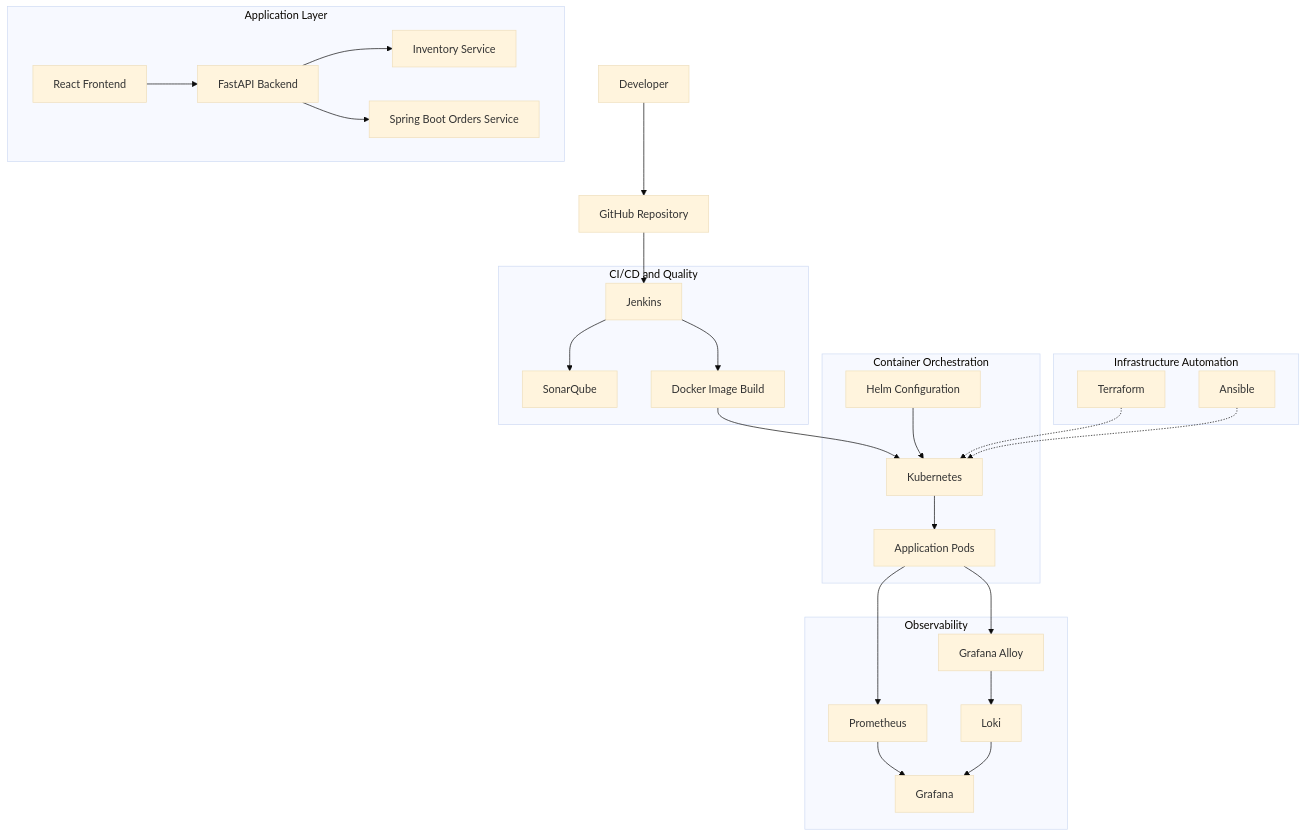
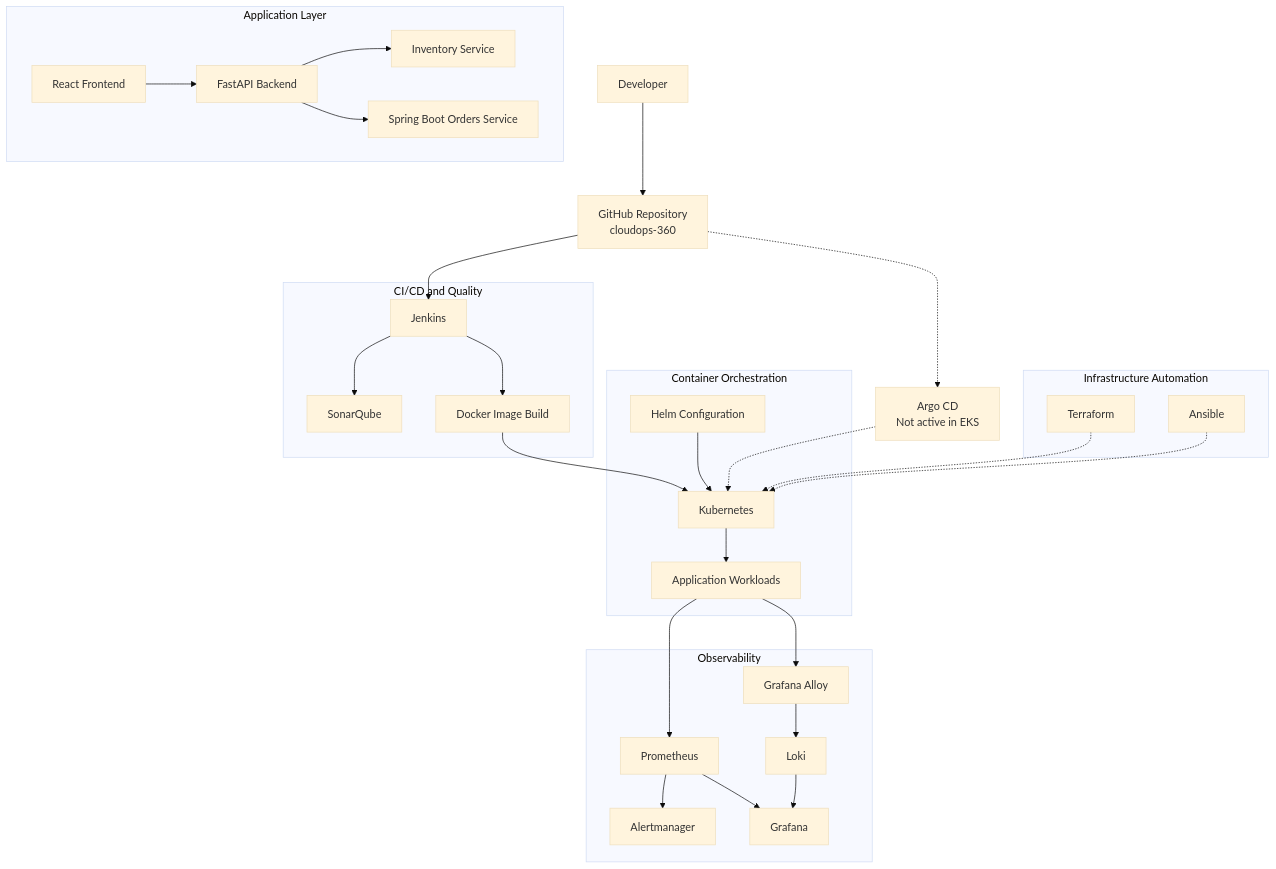
Before and after one commit to kantamnenimanusha/cloudops-360: the first of 8 diagrams in README.md, drawn with Mermaid (base theme). The commit also changed other lines of this file, not shown here.

````diff
--- a/README.md
+++ b/README.md
@@ -104,54 +105,64 @@
 ```mermaid
 flowchart TB
     DEV["Developer"]
-    GIT["GitHub Repository"]
+    GIT["GitHub Repository<br/>cloudops-360"]
 
     subgraph APP["Application Layer"]
         FE["React Frontend"]
         BE["FastAPI Backend"]
         INV["Inventory Service"]
         ORD["Spring Boot Orders Service"]
     end
 
     subgraph CICD["CI/CD and Quality"]
         JEN["Jenkins"]
         SONAR["SonarQube"]
         DOCKER["Docker Image Build"]
     end
 
     subgraph DEPLOY["Container Orchestration"]
         K8S["Kubernetes"]
         HELM["Helm Configuration"]
-        PODS["Application Pods"]
+        PODS["Application Workloads"]
     end
 
     subgraph OBS["Observability"]
         PROM["Prometheus"]
+        ALERT["Alertmanager"]
         GRAF["Grafana"]
         ALLOY["Grafana Alloy"]
         LOKI["Loki"]
     end
 
     subgraph INFRA["Infrastructure Automation"]
         TF["Terraform"]
         ANS["Ansible"]
     end
 
+    ARGO["Argo CD<br/>Not active in EKS"]
+
     DEV --> GIT
     GIT --> JEN
     JEN --> SONAR
     JEN --> DOCKER
     DOCKER --> K8S
     HELM --> K8S
     K8S --> PODS
+
     FE --> BE
     BE --> INV
     BE --> ORD
+
     PODS --> PROM
     PROM --> GRAF
+    PROM --> ALERT
     PODS --> ALLOY
     ALLOY --> LOKI
     LOKI --> GRAF
+
+    GIT -.-> ARGO
+    ARGO -.-> K8S
+
     TF -.-> K8S
     ANS -.-> K8S
 ```
````
